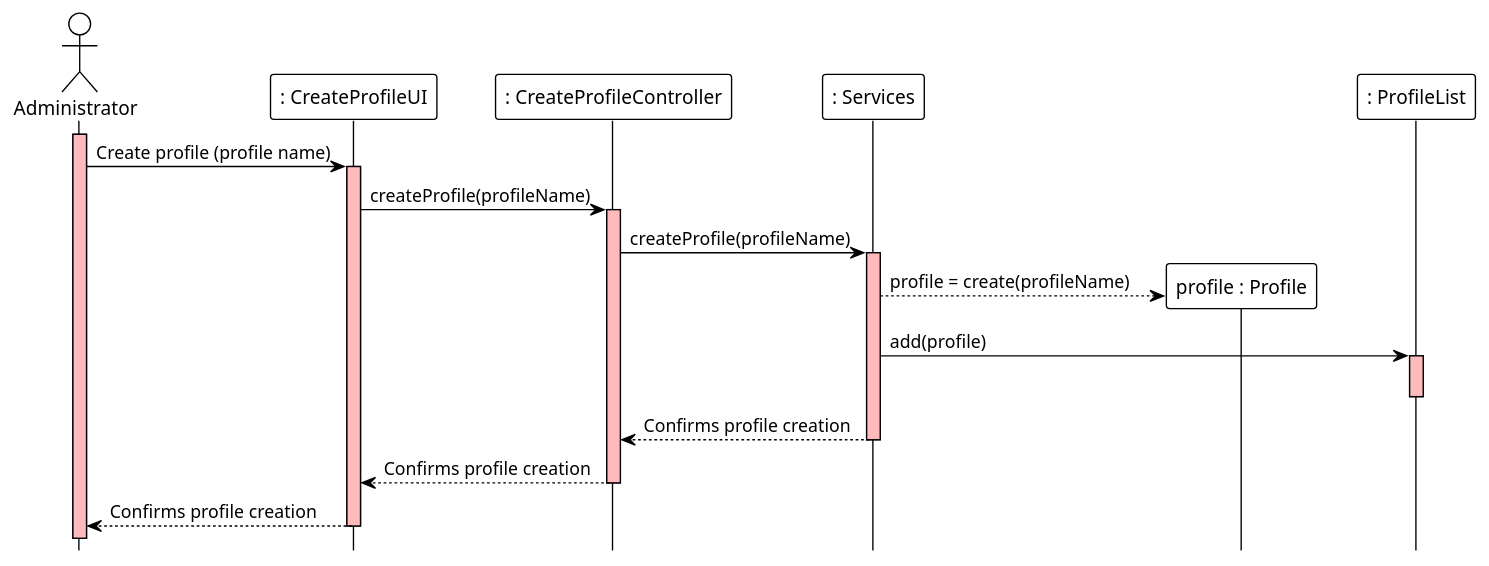
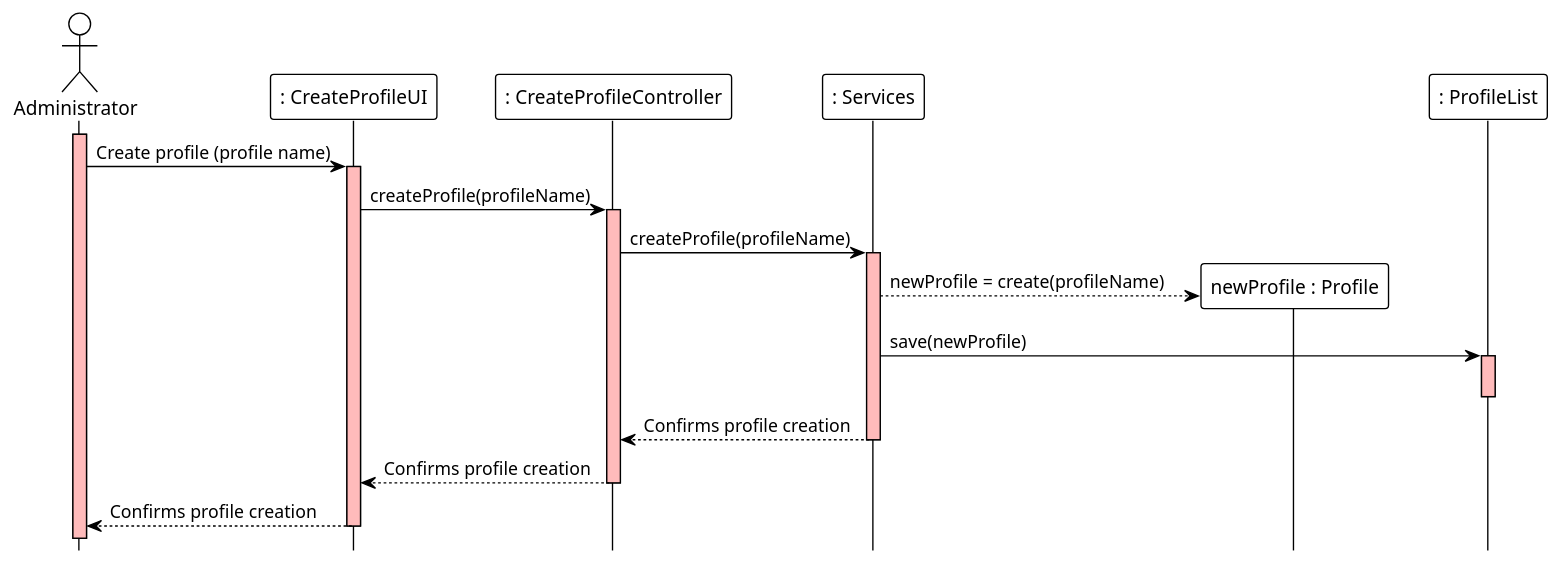
One commit to ivo-menezes/project_g3 changed the diagram in docs/modelling_design/user_stories/us001/US001_CreateProfileSD.puml. Above: the diagram before and after it, drawn with PlantUML. The commit also changed 2 other files, not shown here.

```diff
--- a/docs/modelling_design/user_stories/us001/US001_CreateProfileSD.puml
+++ b/docs/modelling_design/user_stories/us001/US001_CreateProfileSD.puml
@@ -1,32 +1,32 @@
 @startuml
 !theme plain
 hide footbox
 actor Administrator  as Administrator
 participant ": CreateProfileUI" as UI
 participant ": CreateProfileController" as Controller
 participant ": Services" as Services
-participant "profile : Profile" as profile
+participant "newProfile : Profile" as profile
 participant ": ProfileList" as List
 
 activate Administrator #FFBBBB
 Administrator ->  UI : Create profile (profile name)
 activate UI #FFBBBB
 UI -> Controller : createProfile(profileName)
 activate Controller #FFBBBB
 Controller -> Services : createProfile(profileName)
 activate Services #FFBBBB
-Services --> profile ** : profile = create(profileName)
-Services -> List : add(profile)
+Services --> profile ** : newProfile = create(profileName)
+Services -> List : save(newProfile)
 'List -> List : profileNameExists(profileName)
 
 activate List #FFBBBB
 deactivate List
 
 deactivate List
 Services --> Controller : Confirms profile creation
 deactivate Services
 Controller --> UI : Confirms profile creation
 deactivate Controller
 UI --> Administrator : Confirms profile creation
 deactivate UI
 @enduml
```
